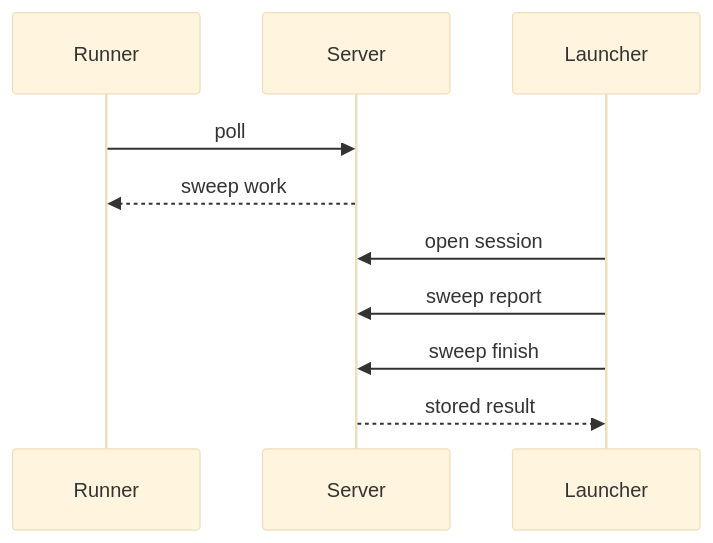
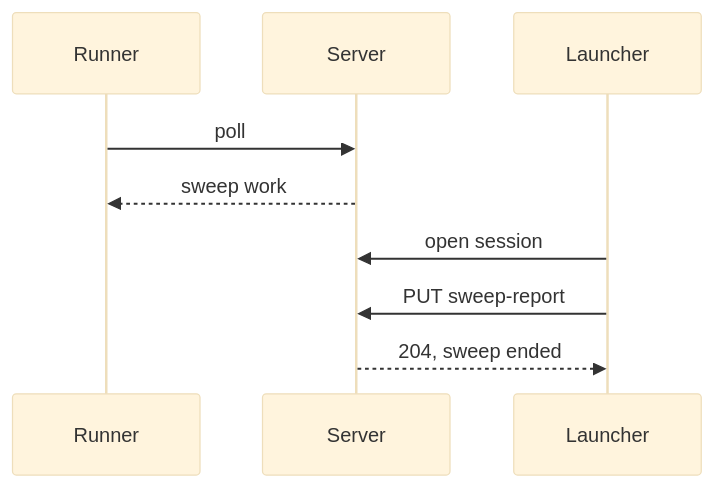
One commit to OpenDustpan/OpenDustpan changed the first of 3 diagrams in openspec/changes/add-job-session-paths-runner-sweep-claimer-wiring/design.md. Above: the diagram before and after it, drawn with Mermaid (base theme). The commit also changed other lines of this file and 3 other files, not shown here.

First line of the commit message:
spec(add-job-session-paths-runner-sweep-claimer-wiring): PUT sweep-report only, report ports in pkg/dustpan

````diff
--- a/openspec/changes/add-job-session-paths-runner-sweep-claimer-wiring/design.md
+++ b/openspec/changes/add-job-session-paths-runner-sweep-claimer-wiring/design.md
@@ -35,12 +35,11 @@
 ```mermaid
 sequenceDiagram
  participant R as Runner
  participant S as Server
  participant L as Launcher
  R->>S: poll
  S-->>R: sweep work
  L->>S: open session
- L->>S: sweep report
- L->>S: sweep finish
- S-->>L: stored result
+ L->>S: PUT sweep-report
+ S-->>L: 204, sweep ended
 ```
````
